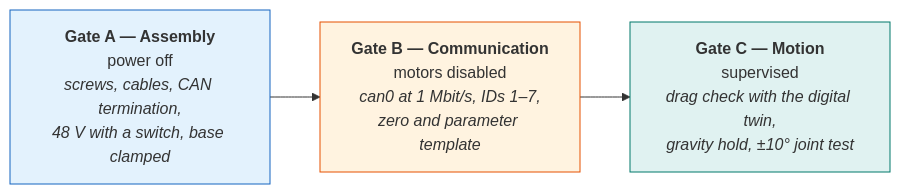
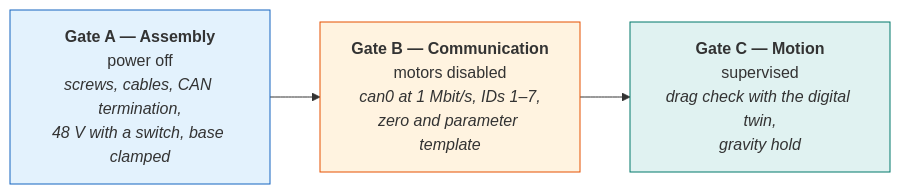
Before and after one commit to asEmbodiedAISyst/2026Autumn: the second of 2 diagrams in 2026-autumn/module-03-arm-data-for-guided-interaction/08-lets-build-a-simple-arm-and-turn-it-on.md, drawn with Mermaid. The commit also changed other lines of this file and 11 other files, not shown here.

````diff
--- a/2026-autumn/module-03-arm-data-for-guided-interaction/08-lets-build-a-simple-arm-and-turn-it-on.md
+++ b/2026-autumn/module-03-arm-data-for-guided-interaction/08-lets-build-a-simple-arm-and-turn-it-on.md
@@ -401,11 +411,11 @@
 ```mermaid
 flowchart LR
     A["<b>Gate A — Assembly</b><br/>power off<br/><i>screws, cables, CAN termination,<br/>48 V with a switch, base clamped</i>"]
     B["<b>Gate B — Communication</b><br/>motors disabled<br/><i>can0 at 1 Mbit/s, IDs 1–7,<br/>zero and parameter template</i>"]
-    C["<b>Gate C — Motion</b><br/>supervised<br/><i>drag check with the digital twin,<br/>gravity hold, ±10° joint test</i>"]
+    C["<b>Gate C — Motion</b><br/>supervised<br/><i>drag check with the digital twin,<br/>gravity hold</i>"]
     A --> B --> C
 
     style A fill:#e3f2fd,stroke:#1565c0
     style B fill:#fff3e0,stroke:#e65100
     style C fill:#e0f2f1,stroke:#00796b
 ```
````
